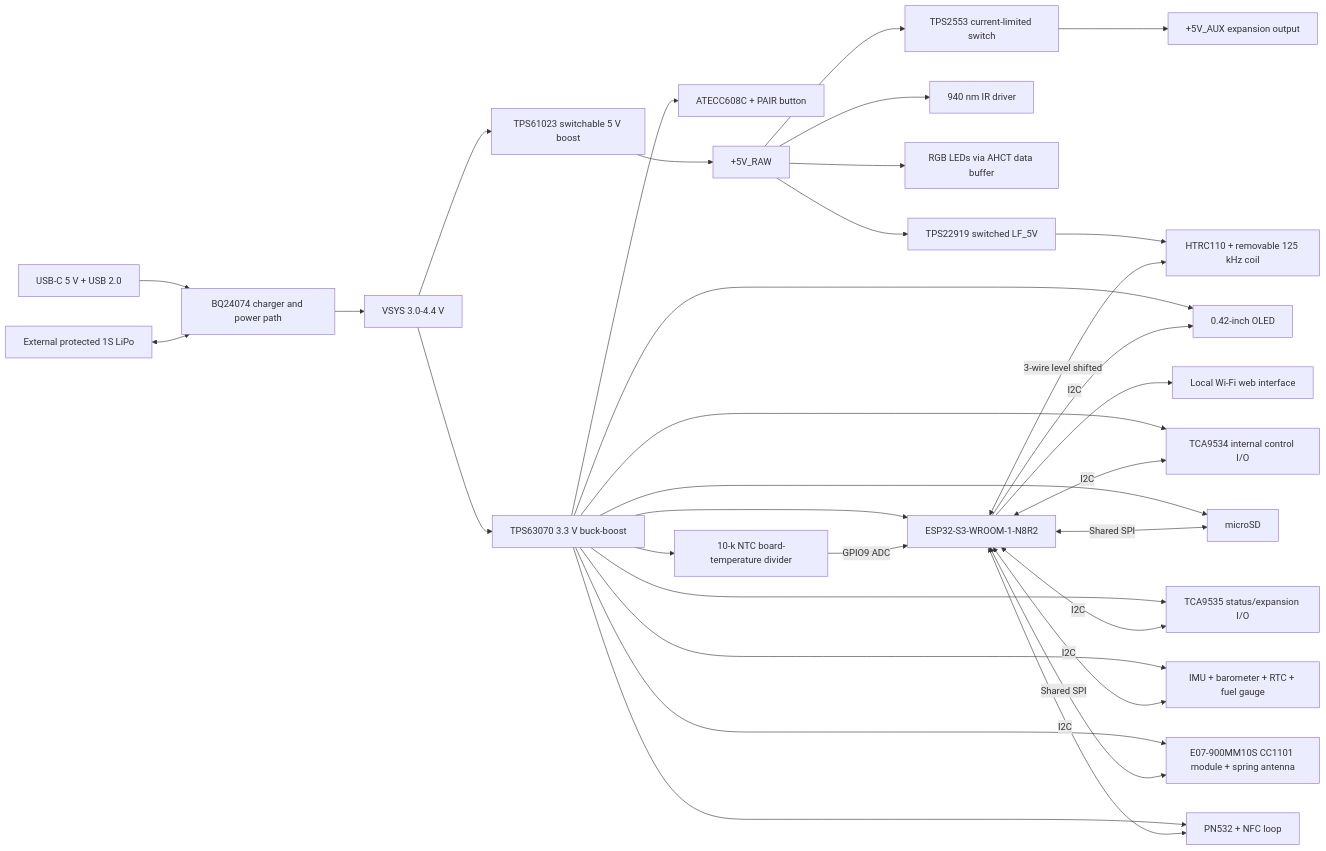
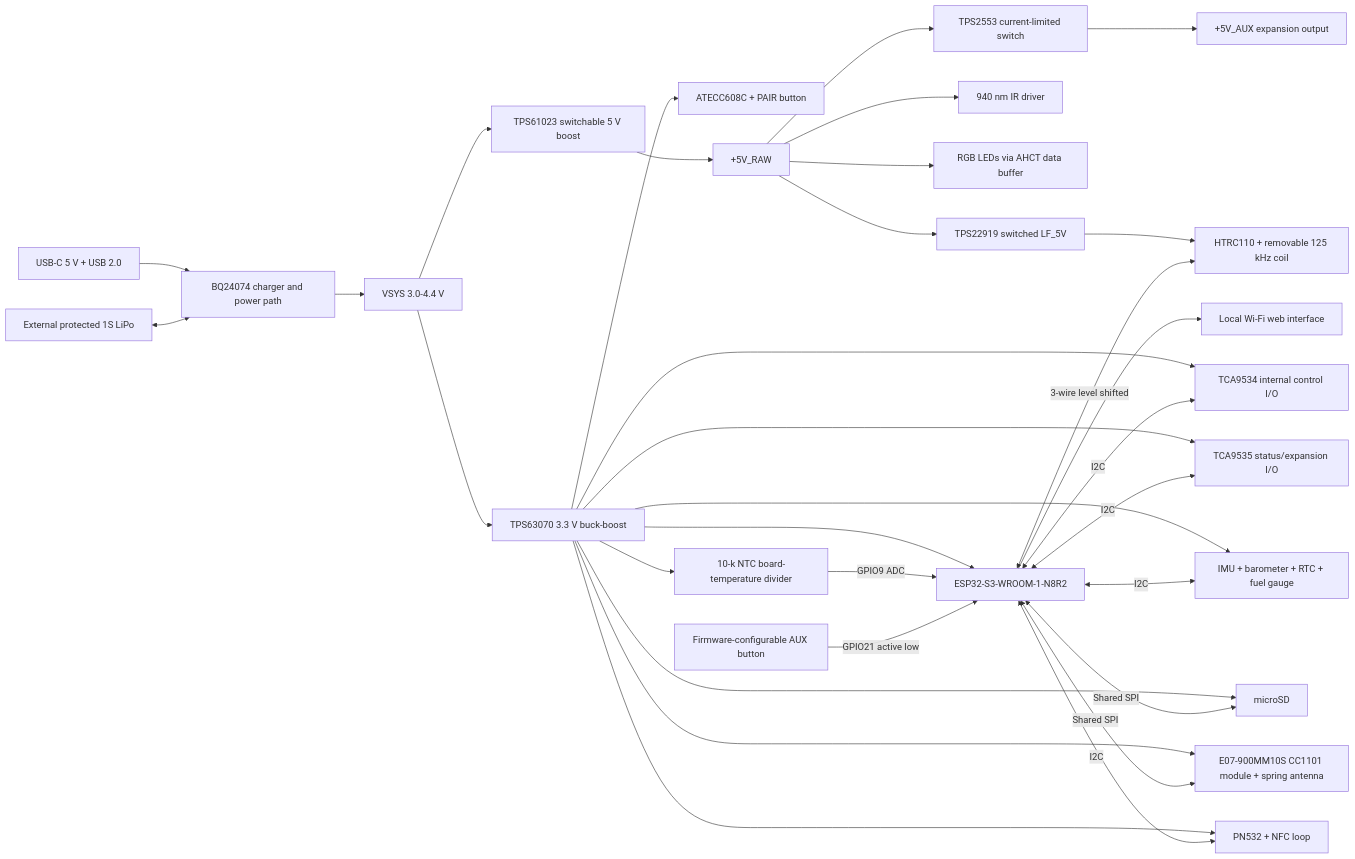
Before and after one commit to Jebroa774/PocketLab-Card: the diagram in docs/architecture.md, drawn with Mermaid. The commit also changed other lines of this file and 63 other files, not shown here.

````diff
--- a/docs/architecture.md
+++ b/docs/architecture.md
@@ -5,38 +5,37 @@
 ```mermaid
 flowchart LR
     USB[USB-C 5 V + USB 2.0] --> CHG[BQ24074 charger and power path]
     BAT[External protected 1S LiPo] <--> CHG
     CHG --> SYS[VSYS 3.0-4.4 V]
     SYS --> REG33[TPS63070 3.3 V buck-boost]
     SYS --> REG5[TPS61023 switchable 5 V boost]
 
     REG33 --> MCU[ESP32-S3-WROOM-1-N8R2]
     REG33 --> NFC[PN532 + NFC loop]
     REG33 --> SUB[E07-900MM10S CC1101 module + spring antenna]
     REG33 --> SEC[ATECC608C + PAIR button]
     REG33 --> SD[microSD]
     REG33 --> SENS[IMU + barometer + RTC + fuel gauge]
     REG33 --> TEMP[10-k NTC board-temperature divider]
     REG33 --> IOX[TCA9535 status/expansion I/O]
     REG33 --> CTL[TCA9534 internal control I/O]
-    REG33 --> OLED[0.42-inch OLED]
 
     REG5 --> RAW[+5V_RAW]
     RAW --> IR[940 nm IR driver]
     RAW --> RGB[RGB LEDs via AHCT data buffer]
     RAW --> LIM[TPS2553 current-limited switch]
     RAW --> LFSW[TPS22919 switched LF_5V]
     LFSW --> LF[HTRC110 + removable 125 kHz coil]
     LIM --> AUX[+5V_AUX expansion output]
 
     MCU <-->|I2C| NFC
     MCU <-->|I2C| SENS
     MCU <-->|I2C| IOX
     MCU <-->|I2C| CTL
     TEMP -->|GPIO9 ADC| MCU
-    MCU -->|I2C| OLED
+    AUXBTN[Firmware-configurable AUX button] -->|GPIO21 active low| MCU
     MCU <-->|Shared SPI| SUB
     MCU <-->|Shared SPI| SD
     MCU <-->|3-wire level shifted| LF
     MCU --> WEB[Local Wi-Fi web interface]
 ```
````
